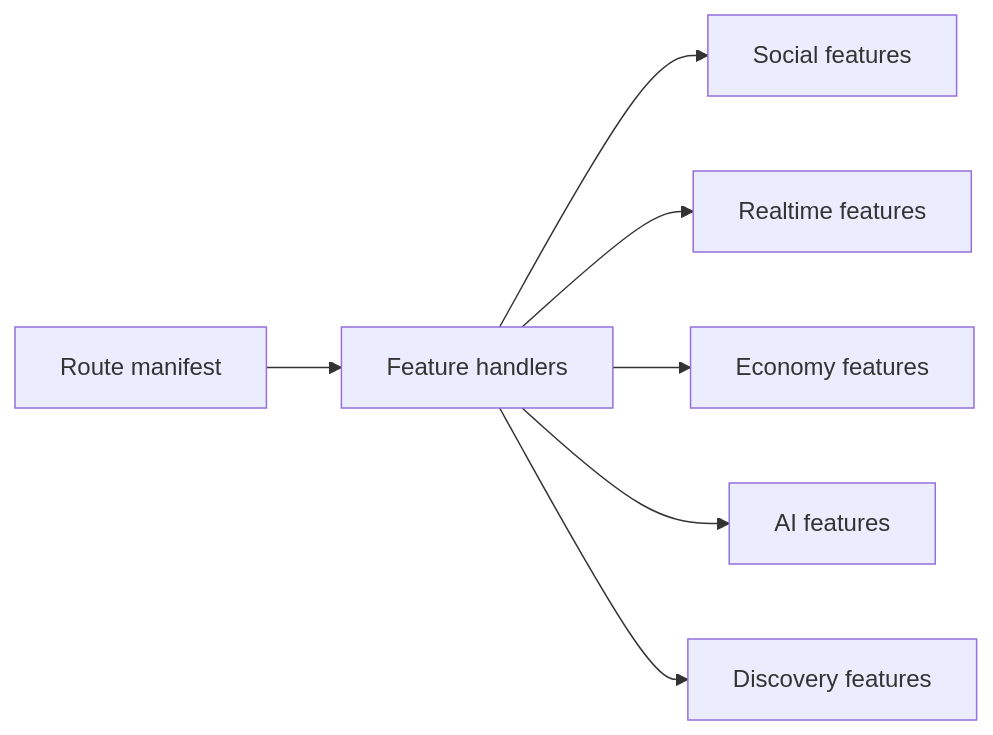
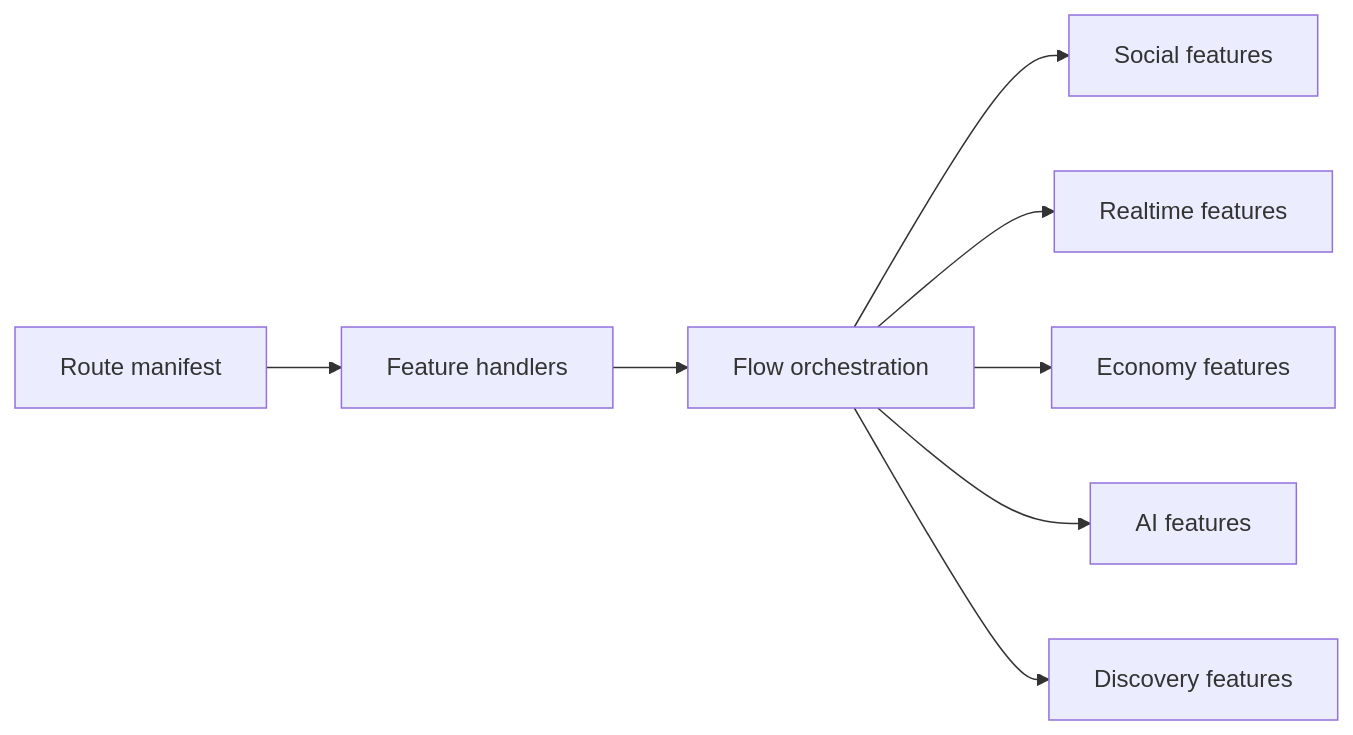
Before and after one commit to ocentra/ocentra-games: the diagram in infra/cloudflare/docs/features/README.md, drawn with Mermaid. The commit also changed other lines of this file and 35 other files, not shown here.

````diff
--- a/infra/cloudflare/docs/features/README.md
+++ b/infra/cloudflare/docs/features/README.md
@@ -5,9 +5,10 @@
 ```mermaid
 flowchart LR
   Router[Route manifest] --> Handlers[Feature handlers]
-  Handlers --> Social[Social features]
-  Handlers --> Realtime[Realtime features]
-  Handlers --> Economy[Economy features]
-  Handlers --> AI[AI features]
-  Handlers --> Discovery[Discovery features]
+  Handlers --> Flows[Flow orchestration]
+  Flows --> Social[Social features]
+  Flows --> Realtime[Realtime features]
+  Flows --> Economy[Economy features]
+  Flows --> AI[AI features]
+  Flows --> Discovery[Discovery features]
 ```
````
